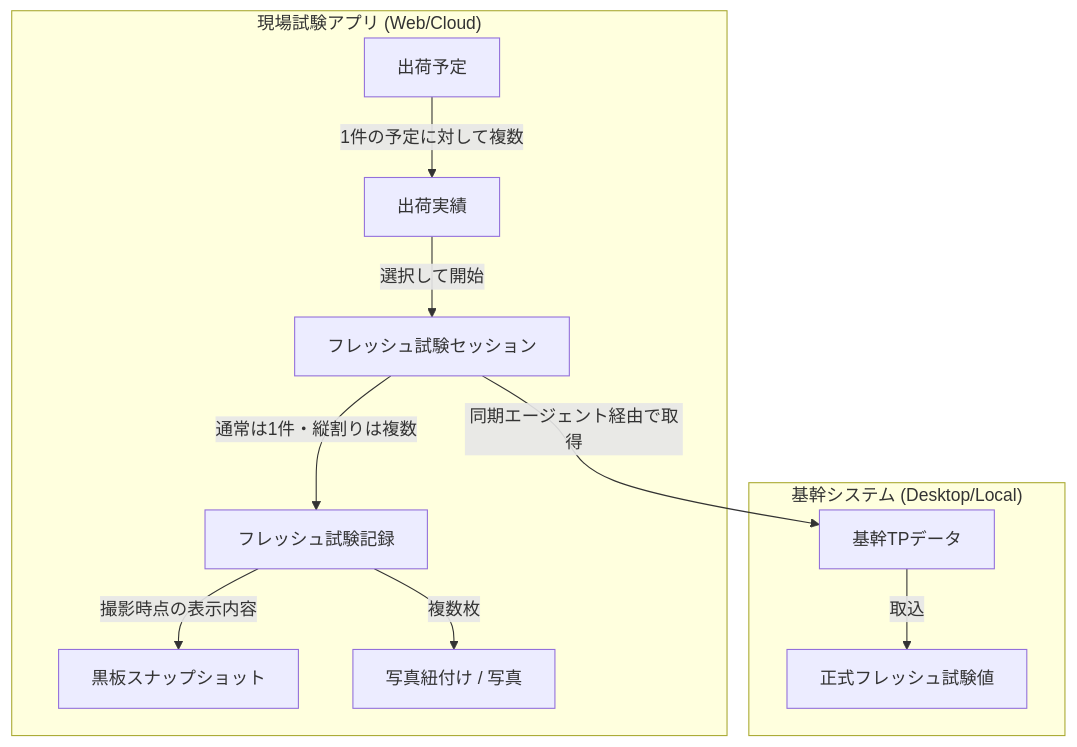
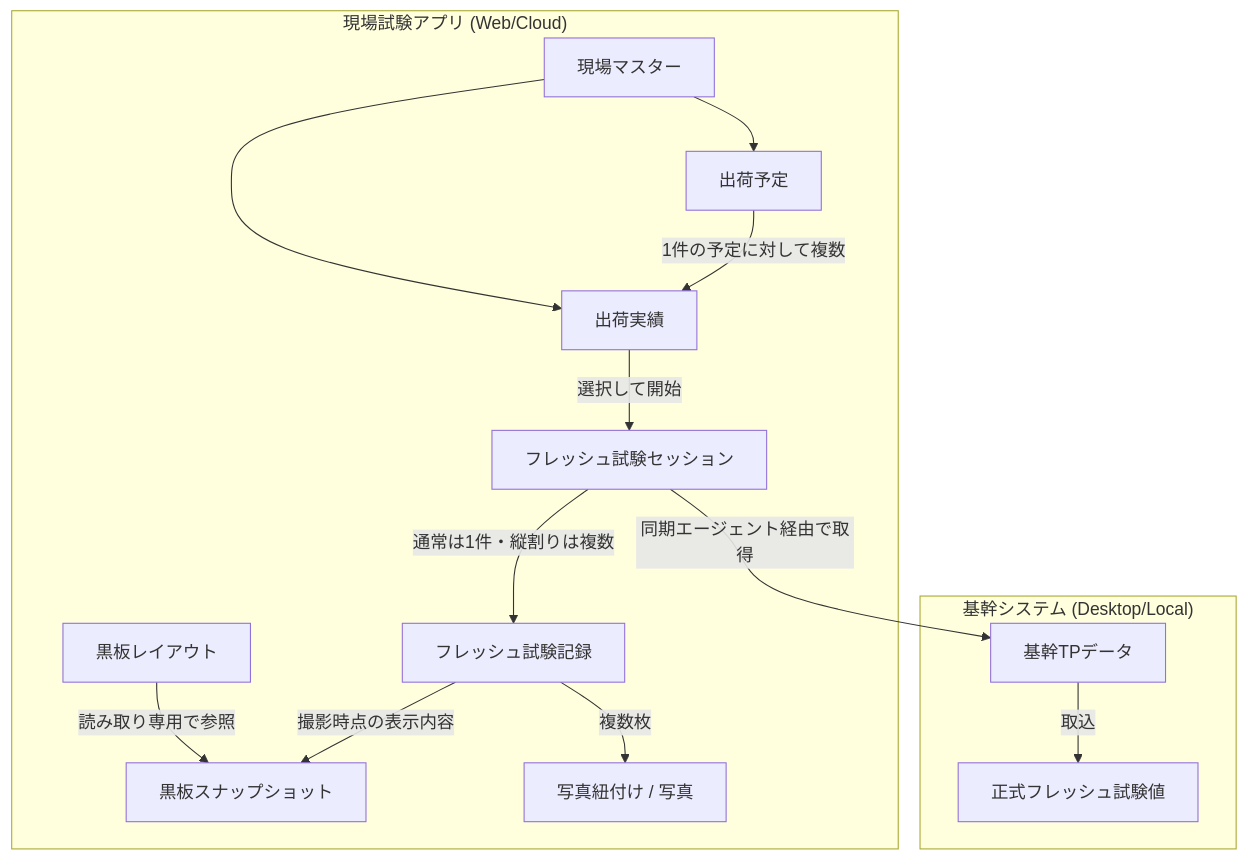
Diagram 11 of 11 in docs/Labonity用現場試験アプリ_設計書_v1.0.md (sakku0039/FieldTester), drawn with Mermaid before and after one commit. The commit also changed other lines of this file, not shown here.

````diff
--- a/docs/Labonity用現場試験アプリ_設計書_v1.0.md
+++ b/docs/Labonity用現場試験アプリ_設計書_v1.0.md
@@ -836,16 +928,19 @@
 ```mermaid
 flowchart TD
     subgraph 現場試験アプリ ["現場試験アプリ (Web/Cloud)"]
-        A["出荷予定"] -->|1件の予定に対して複数| B["出荷実績"]
+        S["現場マスター"] --> A["出荷予定"]
+        S --> B["出荷実績"]
+        A -->|1件の予定に対して複数| B
         B -->|選択して開始| C["フレッシュ試験セッション"]
         C -->|通常は1件・縦割りは複数| D["フレッシュ試験記録"]
-        D -->|撮影時点の表示内容| E["黒板スナップショット"]
+        L["黒板レイアウト"] -->|読み取り専用で参照| E["黒板スナップショット"]
+        D -->|撮影時点の表示内容| E
         D -->|複数枚| F["写真紐付け / 写真"]
     end
 
     subgraph 基幹システム ["基幹システム (Desktop/Local)"]
         G["基幹TPデータ"] -->|取込| H["正式フレッシュ試験値"]
     end
 
     C -->|同期エージェント経由で取得| G
 ```
````
